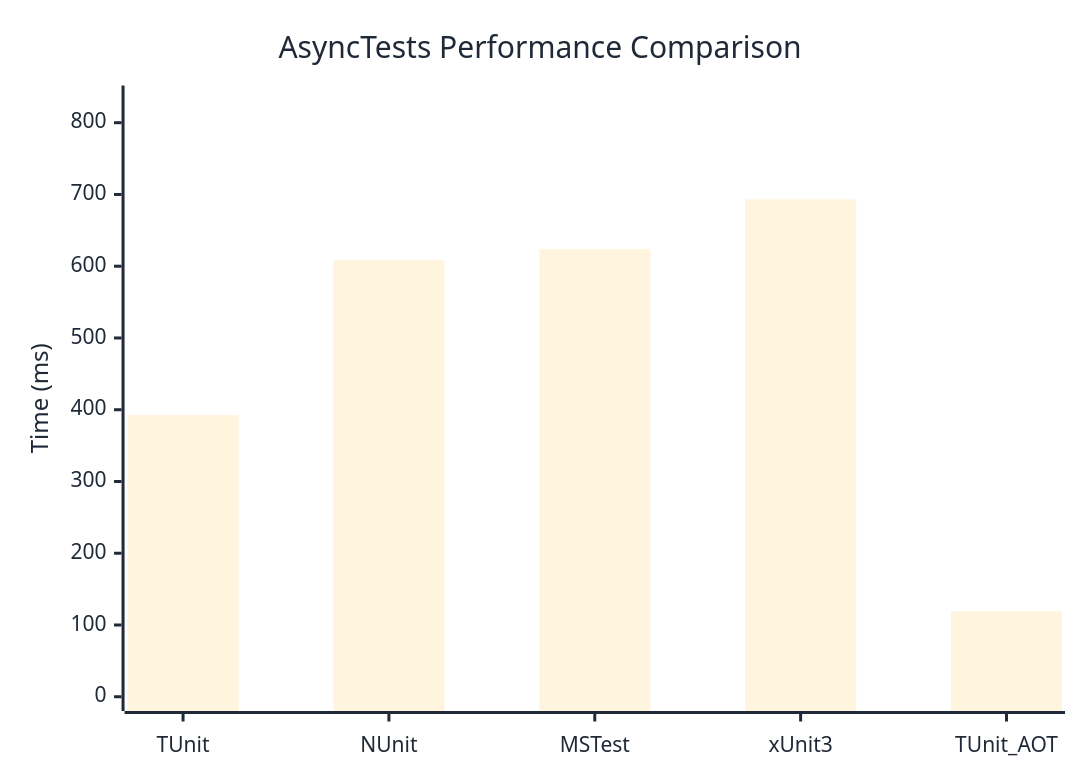
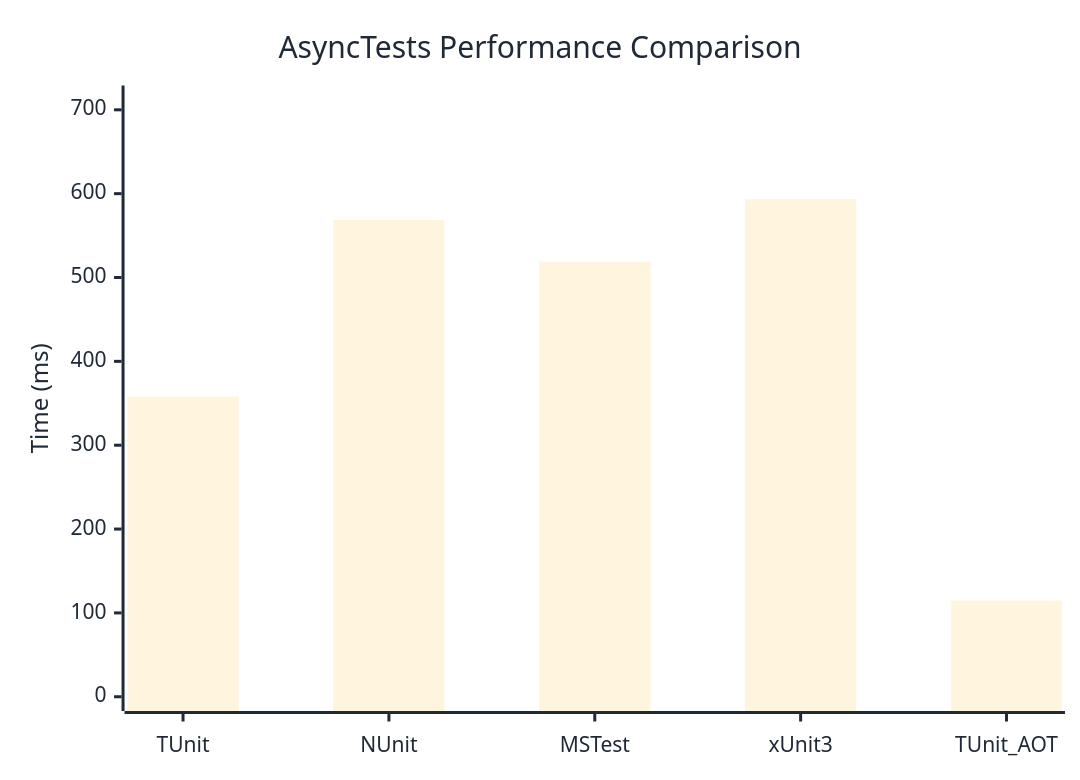
The diagram in docs/docs/benchmarks/engine/AsyncTests.md (thomhurst/TUnit), drawn with Mermaid before and after one commit. The commit also changed other lines of this file and 17 other files, not shown here.

````diff
--- a/docs/docs/benchmarks/engine/AsyncTests.md
+++ b/docs/docs/benchmarks/engine/AsyncTests.md
@@ -29,37 +29,37 @@
 ```mermaid
 %%{init: {
   'theme':'base',
   'themeVariables': {
     'primaryColor': '#2563eb',
     'primaryTextColor': '#1f2937',
     'primaryBorderColor': '#1e40af',
     'lineColor': '#6b7280',
     'secondaryColor': '#7c3aed',
     'tertiaryColor': '#dc2626',
     'background': '#ffffff',
     'mainBkg': '#2563eb',
     'secondBkg': '#7c3aed',
     'tertiaryBkg': '#dc2626',
     'clusterBkg': '#f3f4f6',
     'edgeLabelBackground': '#ffffff',
     'tertiaryTextColor': '#1f2937',
     'pie1': '#2563eb',
     'pie2': '#7c3aed',
     'pie3': '#dc2626',
     'pie4': '#f59e0b',
     'pie5': '#10b981',
     'pie6': '#06b6d4',
     'pie7': '#ec4899',
     'pie8': '#6366f1',
     'pie9': '#84cc16',
     'pie10': '#f97316',
     'pie11': '#14b8a6',
     'pie12': '#a855f7'
   }
 }}%%
 xychart-beta
   title "AsyncTests Performance Comparison"
   x-axis ["TUnit", "NUnit", "MSTest", "xUnit3", "TUnit_AOT"]
-  y-axis "Time (ms)" 0 --> 832
-  bar [392.6, 608.5, 623.8, 693.1, 119.1]
+  y-axis "Time (ms)" 0 --> 712
+  bar [358, 568.6, 518.8, 593.3, 114.8]
 ```
````
